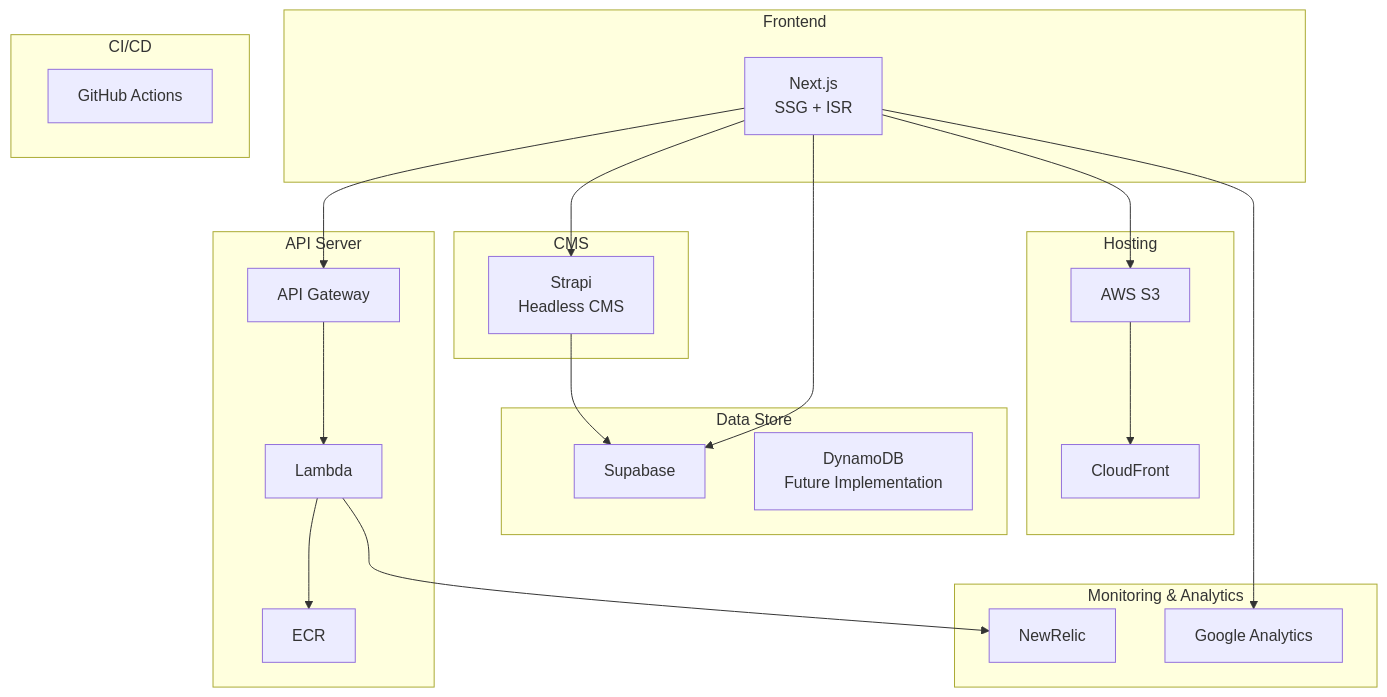
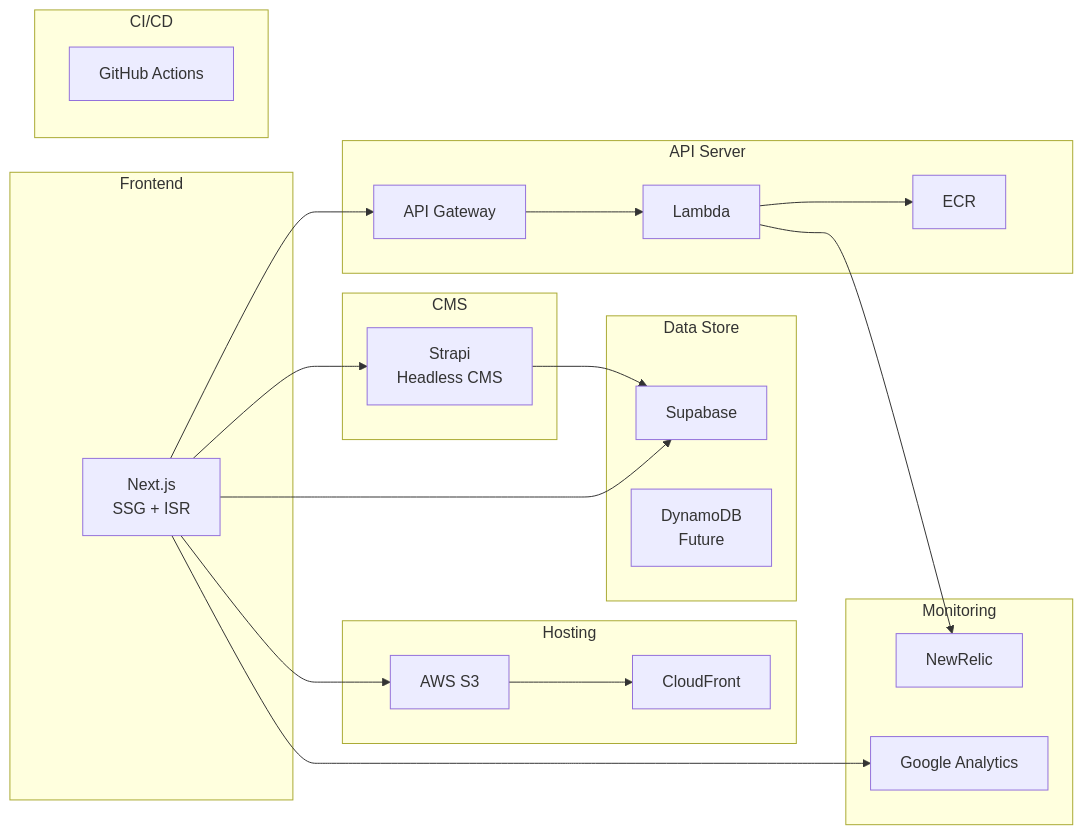
The diagram in docs/tech-stack.md (tamaco489/tamaco-blog), drawn with Mermaid before and after one commit. The commit also changed 3 other files, not shown here.

````diff
--- a/docs/tech-stack.md
+++ b/docs/tech-stack.md
@@ -8,46 +8,46 @@
 ```mermaid
-graph TB
+graph LR
     subgraph "Frontend"
         A[Next.js<br/>SSG + ISR]
     end
     
     subgraph "Hosting"
         B[AWS S3]
         C[CloudFront]
     end
     
     subgraph "Data Store"
         D[Supabase]
-        E[DynamoDB<br/>Future Implementation]
+        E[DynamoDB<br/>Future]
     end
     
     subgraph "API Server"
         F[API Gateway]
         G[Lambda]
         H[ECR]
     end
     
     subgraph "CMS"
         I[Strapi<br/>Headless CMS]
     end
     
     subgraph "CI/CD"
         J[GitHub Actions]
     end
     
-    subgraph "Monitoring & Analytics"
+    subgraph "Monitoring"
         K[NewRelic]
         L[Google Analytics]
     end
     
     A --> B
     B --> C
     A --> F
     F --> G
     G --> H
     A --> I
     I --> D
     A --> D
     A --> L
     G --> K
 ```
````
